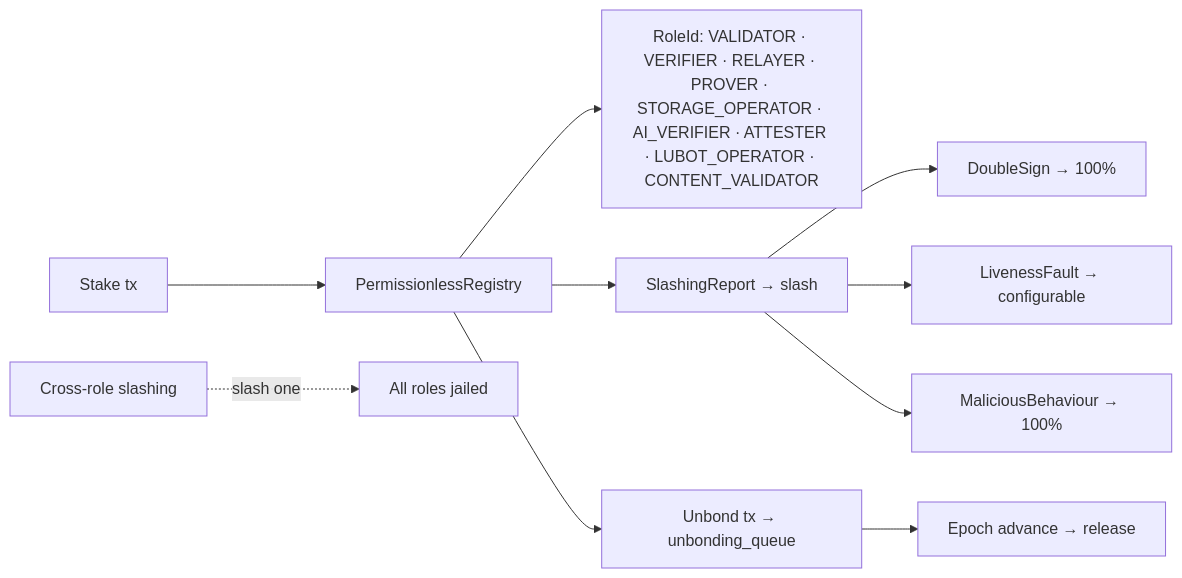
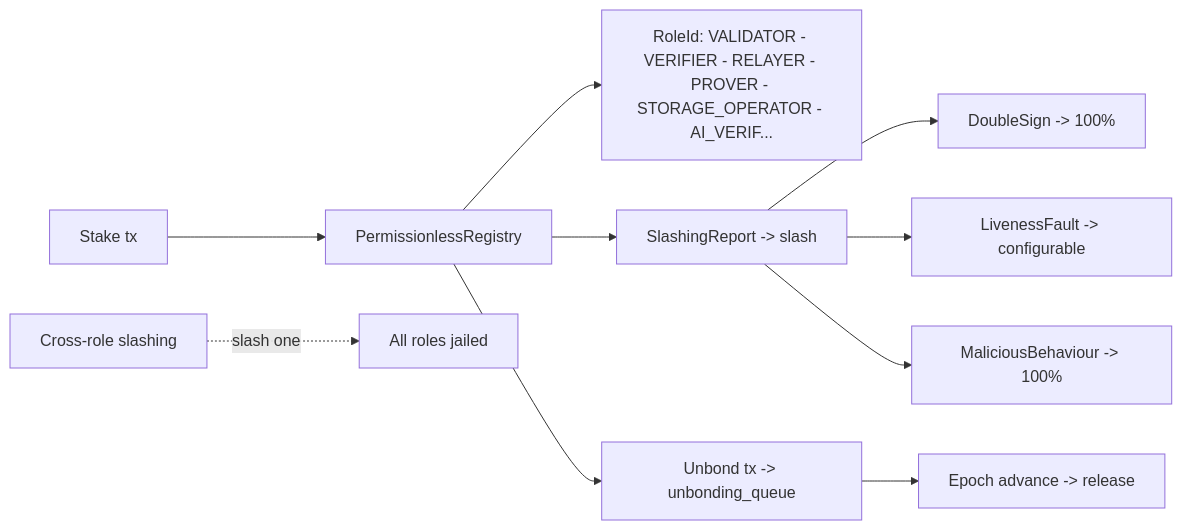
Before and after one commit to budlum-xyz/budlum: diagram 31 of 51 in docs/ARCHITECTURE.md, drawn with Mermaid. The commit also changed other lines of this file, not shown here.

````diff
--- a/docs/ARCHITECTURE.md
+++ b/docs/ARCHITECTURE.md
@@ -997,12 +997,12 @@
 ```mermaid
 flowchart LR
   Stake[Stake tx] --> Reg[PermissionlessRegistry]
-  Reg --> Roles[RoleId: VALIDATOR · VERIFIER · RELAYER · PROVER · STORAGE_OPERATOR · AI_VERIFIER · ATTESTER · LUBOT_OPERATOR · CONTENT_VALIDATOR]
-  Reg --> Slash[SlashingReport → slash]
-  Slash --> DoubleSign[DoubleSign → 100%]
-  Slash --> Liveness[LivenessFault → configurable]
-  Slash --> Malicious[MaliciousBehaviour → 100%]
-  Reg --> Unbond[Unbond tx → unbonding_queue]
-  Unbond --> Epoch[Epoch advance → release]
+  Reg --> Roles[RoleId: VALIDATOR - VERIFIER - RELAYER - PROVER - STORAGE_OPERATOR - AI_VERIF...]
+  Reg --> Slash[SlashingReport -> slash]
+  Slash --> DoubleSign[DoubleSign -> 100%]
+  Slash --> Liveness[LivenessFault -> configurable]
+  Slash --> Malicious[MaliciousBehaviour -> 100%]
+  Reg --> Unbond[Unbond tx -> unbonding_queue]
+  Unbond --> Epoch[Epoch advance -> release]
   CrossRole[Cross-role slashing] -. slash one .-> AllRoles[All roles jailed]
 ```
````
